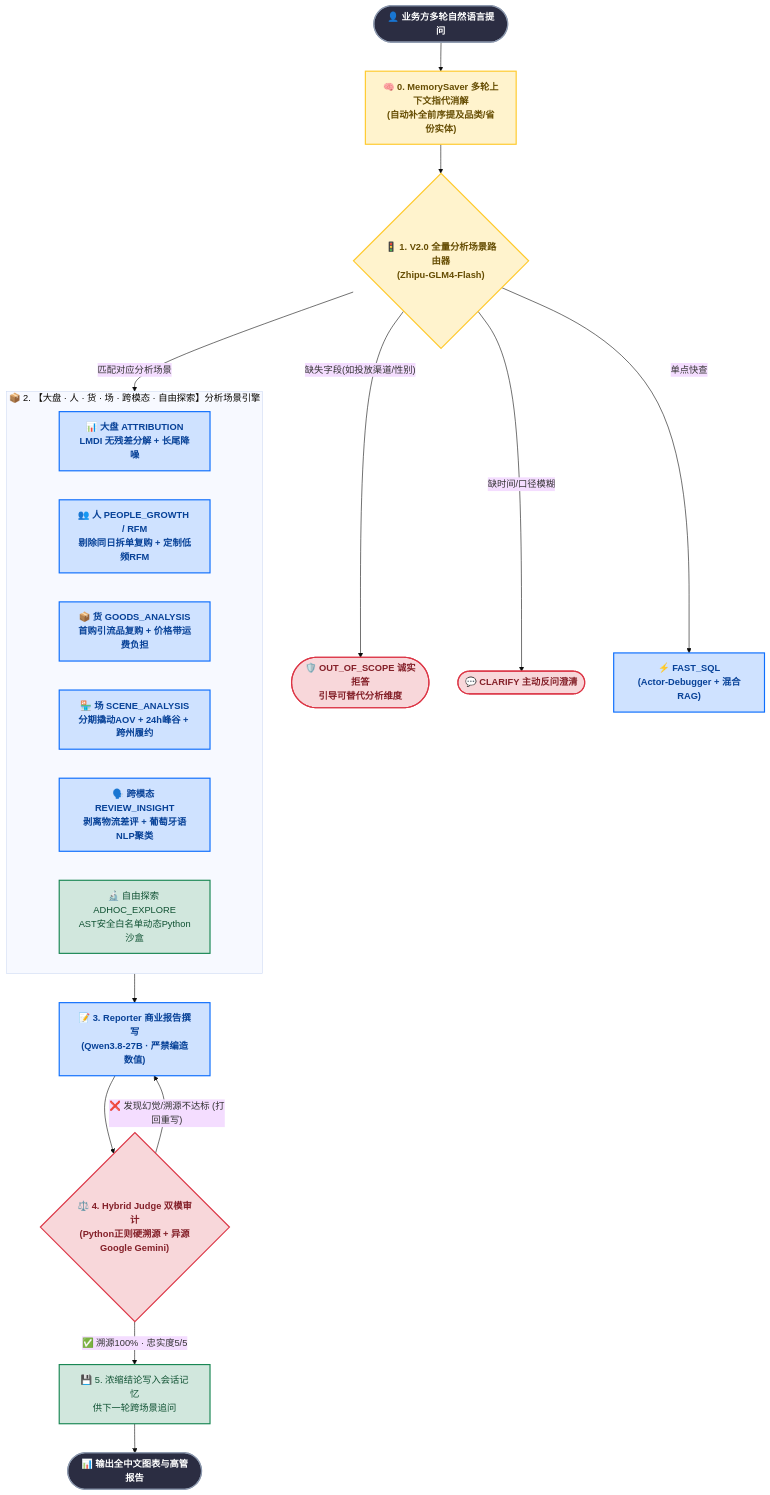
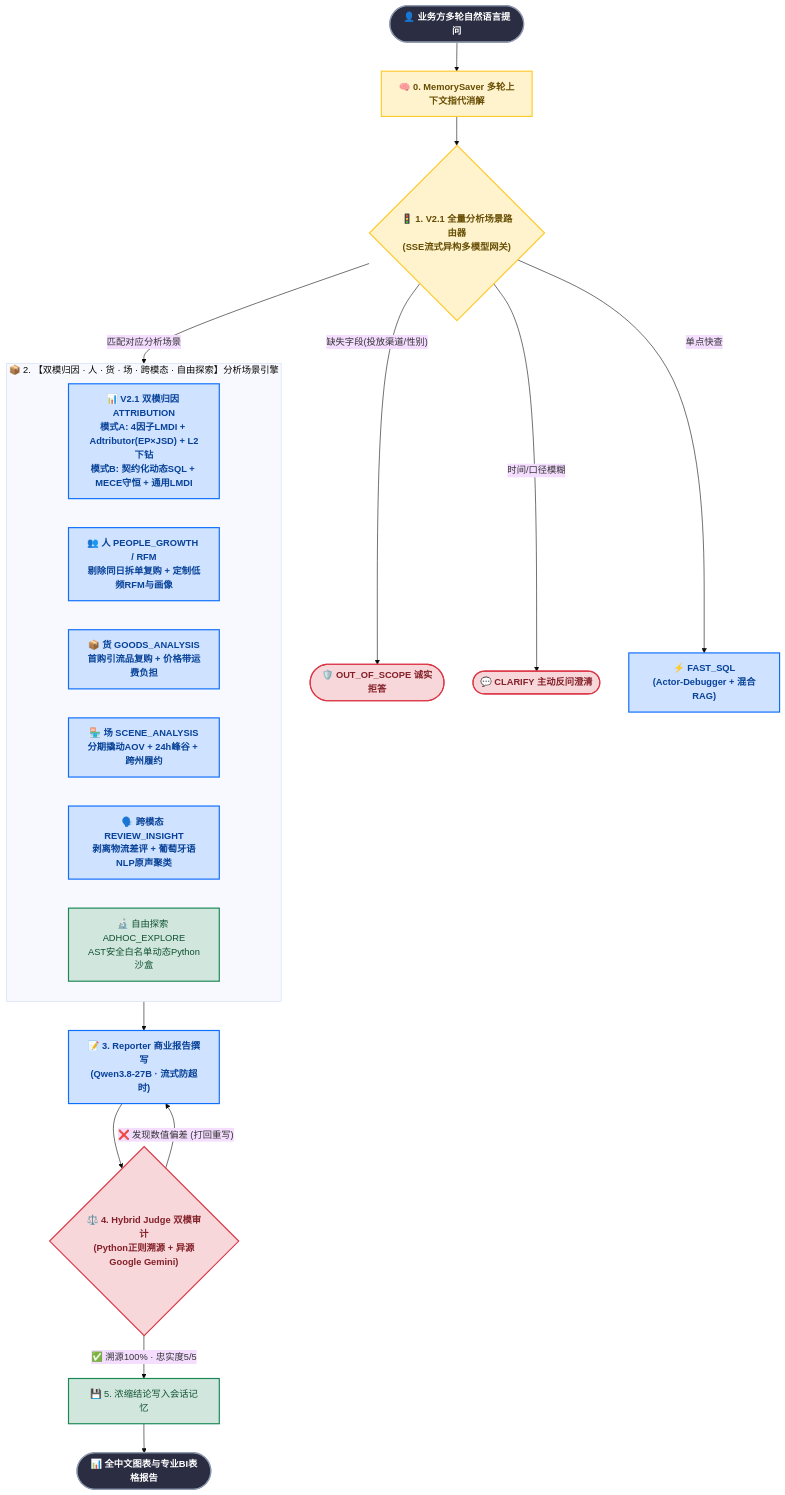
Before and after one commit to zhengjianhong-136/bi-data-agent: the diagram in README.md, drawn with Mermaid (base theme). The commit also changed other lines of this file, not shown here.

````diff
--- a/README.md
+++ b/README.md
@@ -36,31 +38,31 @@
 ```mermaid
 flowchart TD
     classDef userNode fill:#2B2D42,stroke:#8D99AE,stroke-width:2px,color:#FFFFFF,font-weight:bold;
     classDef gwNode fill:#FFF3CD,stroke:#FFCA2C,stroke-width:2px,color:#664D03,font-weight:bold;
     classDef sceneNode fill:#CFE2FF,stroke:#0D6EFD,stroke-width:2px,color:#084298,font-weight:bold;
     classDef ragNode fill:#D1E7DD,stroke:#198754,stroke-width:2px,color:#0F5132;
     classDef guardNode fill:#F8D7DA,stroke:#DC3545,stroke-width:2px,color:#842029,font-weight:bold;
 
-    User(["👤 业务方多轮自然语言提问"]):::userNode --> Rewriter["🧠 0. MemorySaver 多轮上下文指代消解<br/>(自动补全前序提及品类/省份实体)"]:::gwNode
-    Rewriter --> Router{"🚦 1. V2.0 全量分析场景路由器<br/>(Zhipu-GLM4-Flash)"}:::gwNode
+    User(["👤 业务方多轮自然语言提问"]):::userNode --> Rewriter["🧠 0. MemorySaver 多轮上下文指代消解"]:::gwNode
+    Rewriter --> Router{"🚦 1. V2.1 全量分析场景路由器<br/>(SSE流式异构多模型网关)"}:::gwNode
 
-    Router -- "缺失字段(如投放渠道/性别)" --> OOS(["🛡️ OUT_OF_SCOPE 诚实拒答<br/>引导可替代分析维度"]):::guardNode
-    Router -- "缺时间/口径模糊" --> Clarify(["💬 CLARIFY 主动反问澄清"]):::guardNode
+    Router -- "缺失字段(投放渠道/性别)" --> OOS(["🛡️ OUT_OF_SCOPE 诚实拒答"]):::guardNode
+    Router -- "时间/口径模糊" --> Clarify(["💬 CLARIFY 主动反问澄清"]):::guardNode
     Router -- "单点快查" --> FastSQL["⚡ FAST_SQL<br/>(Actor-Debugger + 混合RAG)"]:::sceneNode
 
-    subgraph Scenarios ["📦 2. 【大盘 · 人 · 货 · 场 · 跨模态 · 自由探索】分析场景引擎"]
-        S1["📊 大盘 ATTRIBUTION<br/>LMDI 无残差分解 + 长尾降噪"]:::sceneNode
-        S2["👥 人 PEOPLE_GROWTH / RFM<br/>剔除同日拆单复购 + 定制低频RFM"]:::sceneNode
+    subgraph Scenarios ["📦 2. 【双模归因 · 人 · 货 · 场 · 跨模态 · 自由探索】分析场景引擎"]
+        S1["📊 V2.1 双模归因 ATTRIBUTION<br/>模式A: 4因子LMDI + Adtributor(EP×JSD) + L2下钻<br/>模式B: 契约化动态SQL + MECE守恒 + 通用LMDI"]:::sceneNode
+        S2["👥 人 PEOPLE_GROWTH / RFM<br/>剔除同日拆单复购 + 定制低频RFM与画像"]:::sceneNode
         S3["📦 货 GOODS_ANALYSIS<br/>首购引流品复购 + 价格带运费负担"]:::sceneNode
         S4["🏪 场 SCENE_ANALYSIS<br/>分期撬动AOV + 24h峰谷 + 跨州履约"]:::sceneNode
-        S5["🗣️ 跨模态 REVIEW_INSIGHT<br/>剥离物流差评 + 葡萄牙语NLP聚类"]:::sceneNode
+        S5["🗣️ 跨模态 REVIEW_INSIGHT<br/>剥离物流差评 + 葡萄牙语NLP原声聚类"]:::sceneNode
         S6["🔬 自由探索 ADHOC_EXPLORE<br/>AST安全白名单动态Python沙盒"]:::ragNode
     end
 
     Router -- "匹配对应分析场景" --> Scenarios
-    Scenarios --> Reporter["📝 3. Reporter 商业报告撰写<br/>(Qwen3.8-27B · 严禁编造数值)"]:::sceneNode
-    Reporter --> Judge{"⚖️ 4. Hybrid Judge 双模审计<br/>(Python正则硬溯源 + 异源Google Gemini)"}:::guardNode
-    Judge -- "❌ 发现幻觉/溯源不达标 (打回重写)" --> Reporter
-    Judge -- "✅ 溯源100% · 忠实度5/5" --> Mem["💾 5. 浓缩结论写入会话记忆<br/>供下一轮跨场景追问"]:::ragNode
-    Mem --> FinalOut(["📊 输出全中文图表与高管报告"]):::userNode
+    Scenarios --> Reporter["📝 3. Reporter 商业报告撰写<br/>(Qwen3.8-27B · 流式防超时)"]:::sceneNode
+    Reporter --> Judge{"⚖️ 4. Hybrid Judge 双模审计<br/>(Python正则溯源 + 异源Google Gemini)"}:::guardNode
+    Judge -- "❌ 发现数值偏差 (打回重写)" --> Reporter
+    Judge -- "✅ 溯源100% · 忠实度5/5" --> Mem["💾 5. 浓缩结论写入会话记忆"]:::ragNode
+    Mem --> FinalOut(["📊 全中文图表与专业BI表格报告"]):::userNode
 ```
````
